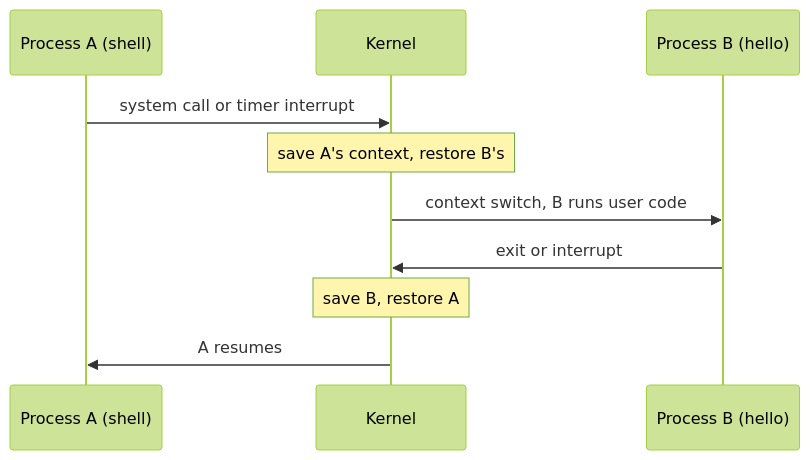
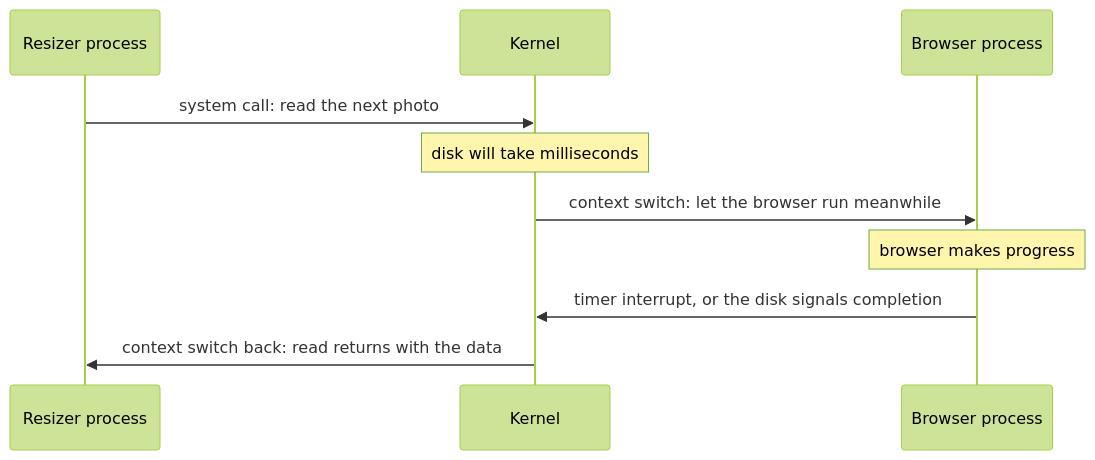
The third of 3 diagrams in docs/data/lessons/csapp/02-tour-os.md (alvinnew100/grand-line-study-guide), drawn with Mermaid (forest theme) before and after one commit. The commit also changed other lines of this file and 47 other files, not shown here.

````diff
--- a/docs/data/lessons/csapp/02-tour-os.md
+++ b/docs/data/lessons/csapp/02-tour-os.md
@@ -68,12 +112,12 @@
 ```mermaid
 sequenceDiagram
-  participant A as Process A (shell)
-  participant K as Kernel
-  participant B as Process B (hello)
-  A->>K: system call or timer interrupt
-  Note over K: save A's context, restore B's
-  K->>B: context switch, B runs user code
-  B->>K: exit or interrupt
-  Note over K: save B, restore A
-  K->>A: A resumes
+    participant A as Resizer process
+    participant K as Kernel
+    participant B as Browser process
+    A->>K: system call: read the next photo
+    Note over K: disk will take milliseconds
+    K->>B: context switch: let the browser run meanwhile
+    Note over B: browser makes progress
+    B->>K: timer interrupt, or the disk signals completion
+    K->>A: context switch back: read returns with the data
 ```
````
